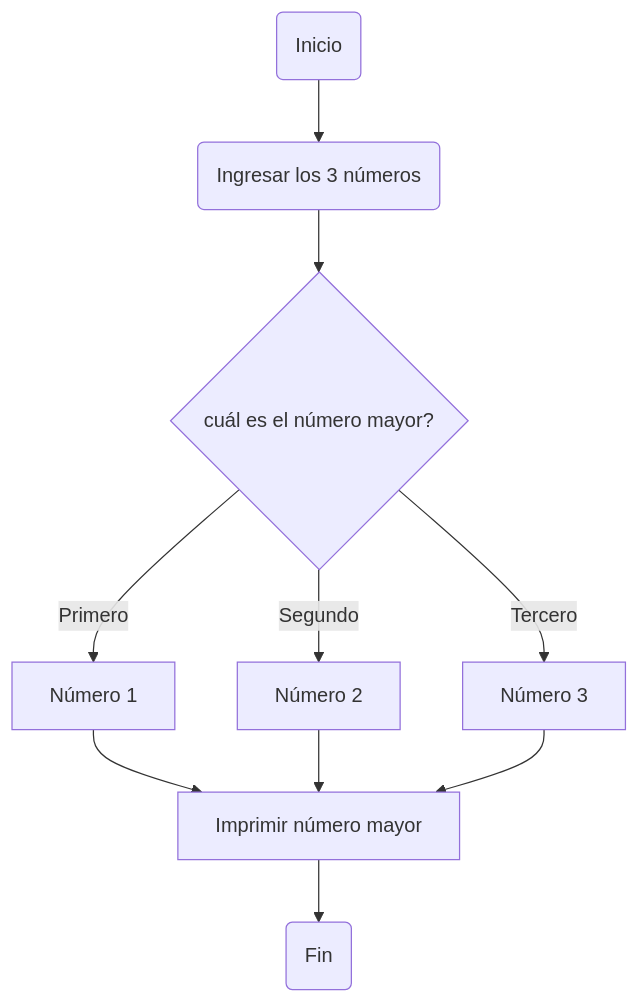
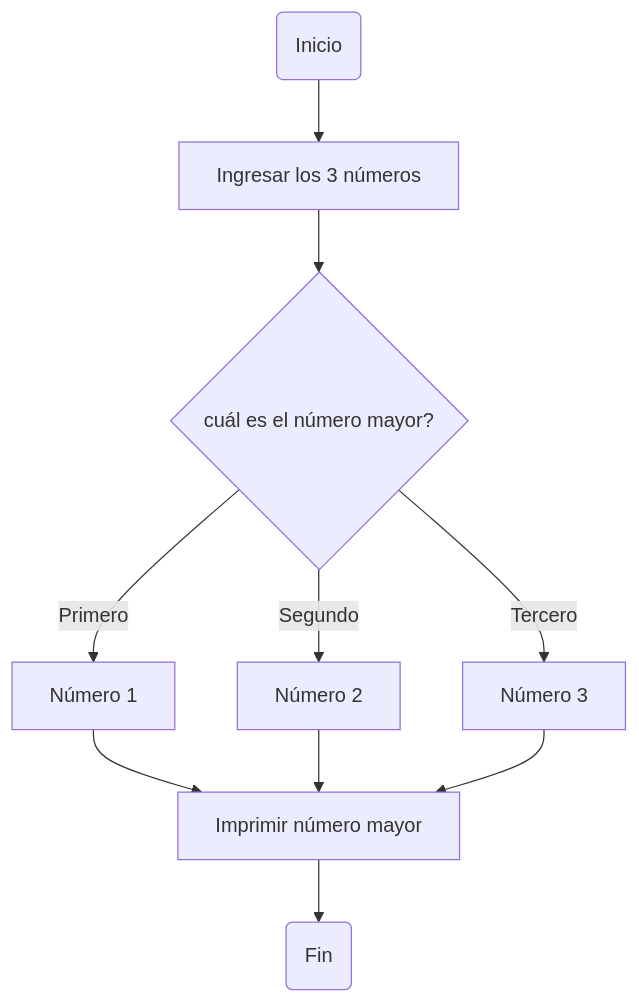
Before and after one commit to jeriosv/taller_1: the first of 3 diagrams in README.md, drawn with Mermaid.

````diff
--- a/README.md
+++ b/README.md
@@ -24,11 +24,11 @@
 ```mermaid
   graph TD;
-    A(Inicio) --> B(Ingresar los 3 números)
+    A(Inicio) --> B[Ingresar los 3 números]
     B --> C{cuál es el número mayor?}
     C -->|Primero| D[Número 1] 
     C -->|Segundo| E[Número 2] 
     C -->|Tercero| F[Número 3] 
     D --> G[Imprimir número mayor] --> H(Fin)
     E --> G 
     F --> G 
 ```
````
